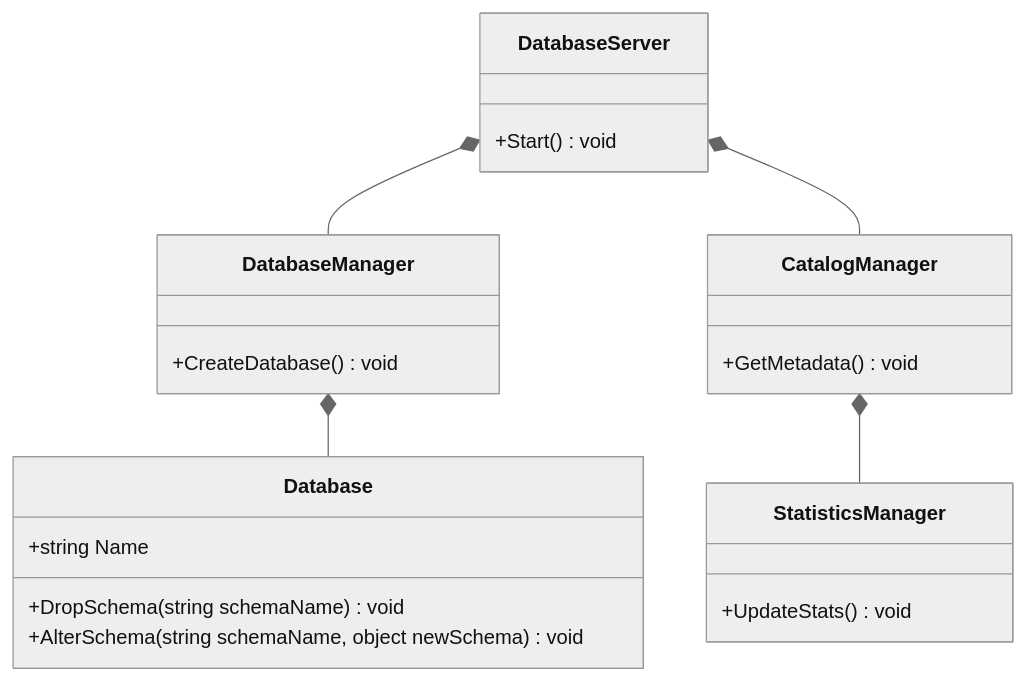
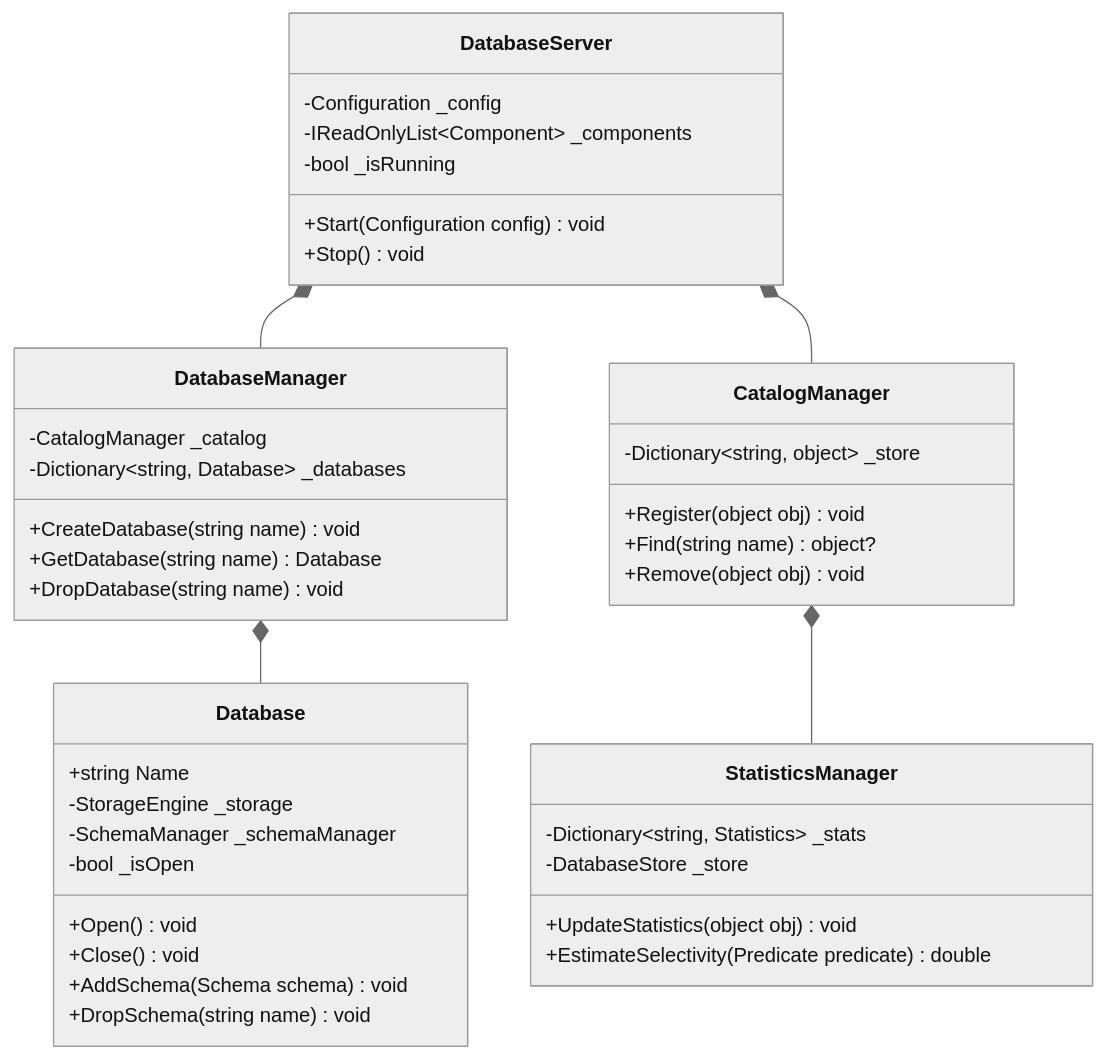
The eighth of 50 diagrams in README.md (manaxpow/DBMS), drawn with Mermaid (neutral theme) before and after one commit. The commit also changed 9 other files, not shown here.

Commit message:
Add sequence diagram and simple method for database management

````diff
--- a/README.md
+++ b/README.md
@@ -342,26 +342,50 @@
 ```mermaid
 classDiagram
     direction TB
+
     class DatabaseServer {
-        +Start() void
+        -Configuration _config
+        -IReadOnlyList~Component~ _components
+        -bool _isRunning
+        +Start(Configuration config) void
+        +Stop() void
     }
+
     class DatabaseManager {
-        +CreateDatabase() void
+        -CatalogManager _catalog
+        -Dictionary~string, Database~ _databases
+        +CreateDatabase(string name) void
+        +GetDatabase(string name) Database
+        +DropDatabase(string name) void
     }
+
     class Database {
         +string Name
-        +DropSchema(string schemaName) void
-        +AlterSchema(string schemaName, object newSchema) void
+        -StorageEngine _storage
+        -SchemaManager _schemaManager
+        -bool _isOpen
+        +Open() void
+        +Close() void
+        +AddSchema(Schema schema) void
+        +DropSchema(string name) void
     }
+
     class CatalogManager {
-        +GetMetadata() void
+        -Dictionary~string, object~ _store
+        +Register(object obj) void
+        +Find(string name) object?
+        +Remove(object obj) void
     }
+
     class StatisticsManager {
-        +UpdateStats() void
+        -Dictionary~string, Statistics~ _stats
+        -DatabaseStore _store
+        +UpdateStatistics(object obj) void
+        +EstimateSelectivity(Predicate predicate) double
     }
 
     DatabaseServer *-- DatabaseManager
     DatabaseServer *-- CatalogManager
     DatabaseManager *-- Database
     CatalogManager *-- StatisticsManager
 ```
````
